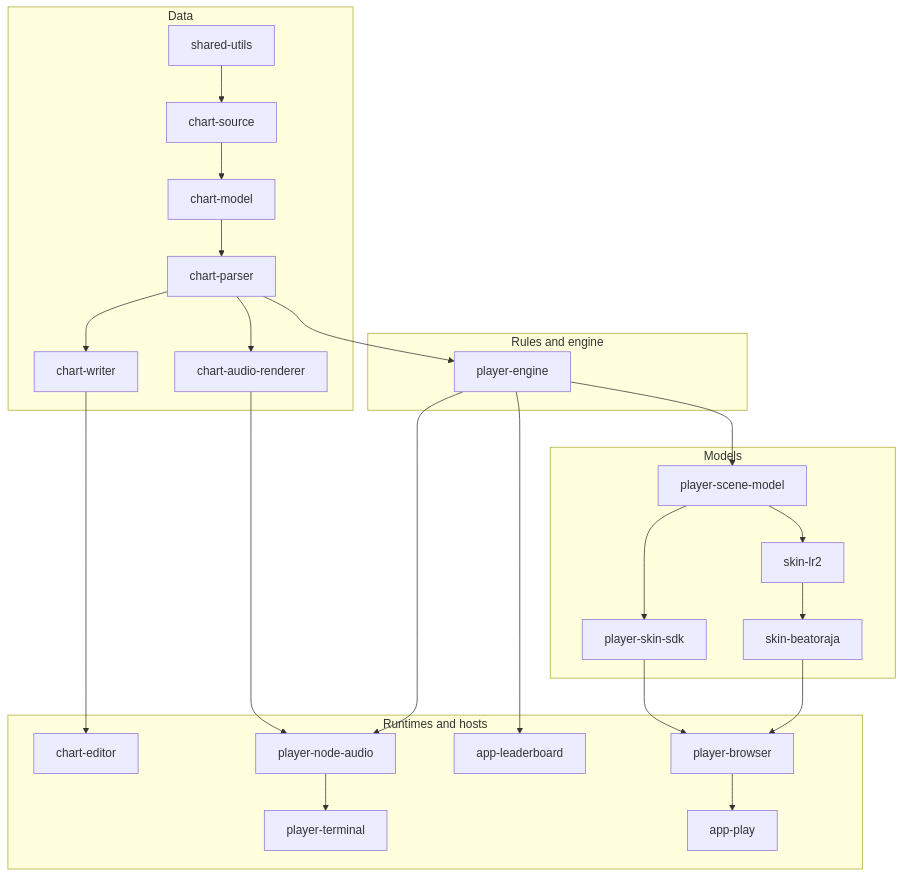
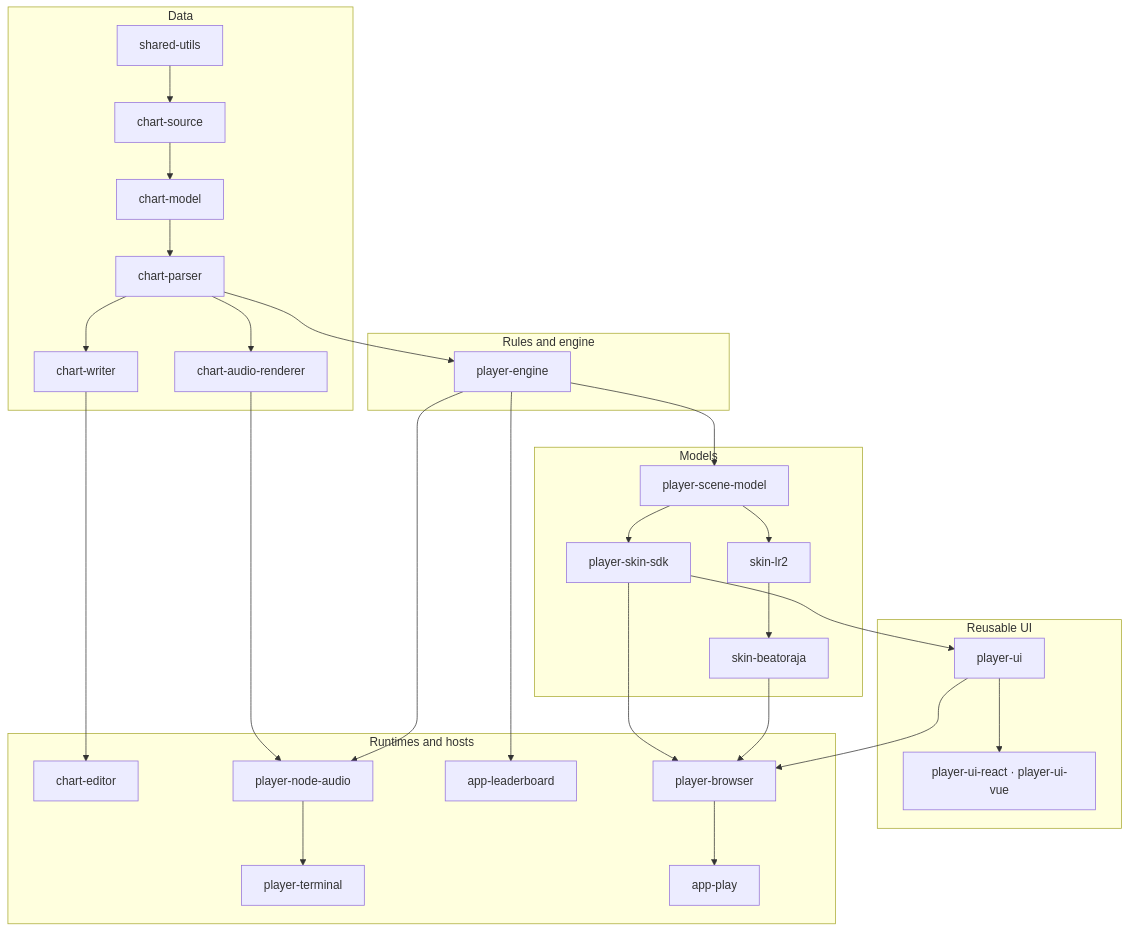
The first of 2 diagrams in README.md (nulltask/be-music), drawn with Mermaid before and after one commit. The commit also changed other lines of this file and 15 other files, not shown here.

Commit message:
docs: refresh player architecture and integration guides [ci skip]

````diff
--- a/README.md
+++ b/README.md
@@ -31,37 +32,44 @@
 ```mermaid
 flowchart TD
   subgraph data["Data"]
     utils["shared-utils"] --> json["chart-source"] --> chart["chart-model"] --> parser["chart-parser"]
     parser --> chart-writer["chart-writer"]
     parser --> renderer["chart-audio-renderer"]
   end
   subgraph rules["Rules and engine"]
     player["player-engine"]
   end
   subgraph models["Models"]
     scene["player-scene-model"]
     sdk["player-skin-sdk"]
     lr2["skin-lr2"]
     beatoraja["skin-beatoraja"]
   end
+  subgraph presentation["Reusable UI"]
+    ui["player-ui"]
+    wrappers["player-ui-react · player-ui-vue"]
+  end
+
   subgraph hosts["Runtimes and hosts"]
     editor["chart-editor"]
     tui["player-terminal"]
     nodeaudio["player-node-audio"]
     lb["app-leaderboard"]
     web["player-browser"]
     demo["app-play"]
   end
 
   chart-writer --> editor
   parser --> player
   renderer --> nodeaudio
   player --> scene
   player --> nodeaudio --> tui
   player --> lb
   scene --> sdk
   scene --> lr2 --> beatoraja
+  sdk --> ui --> web
+  ui --> wrappers
   sdk --> web
   beatoraja --> web
   web --> demo
 ```
````
